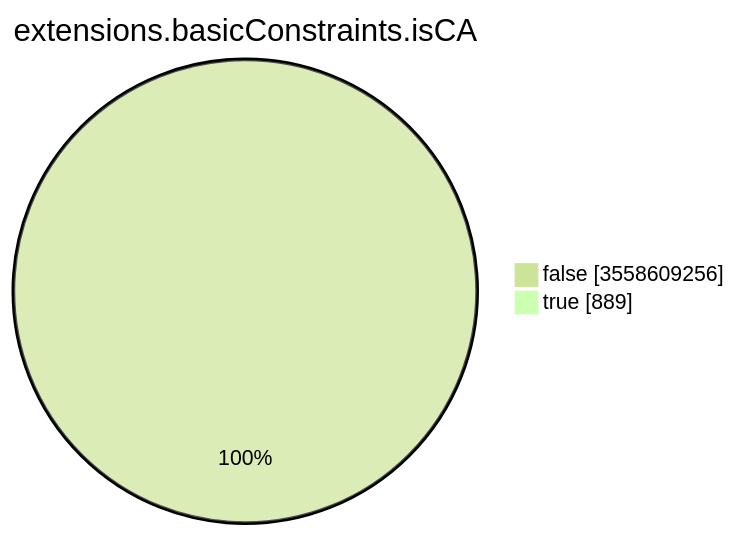
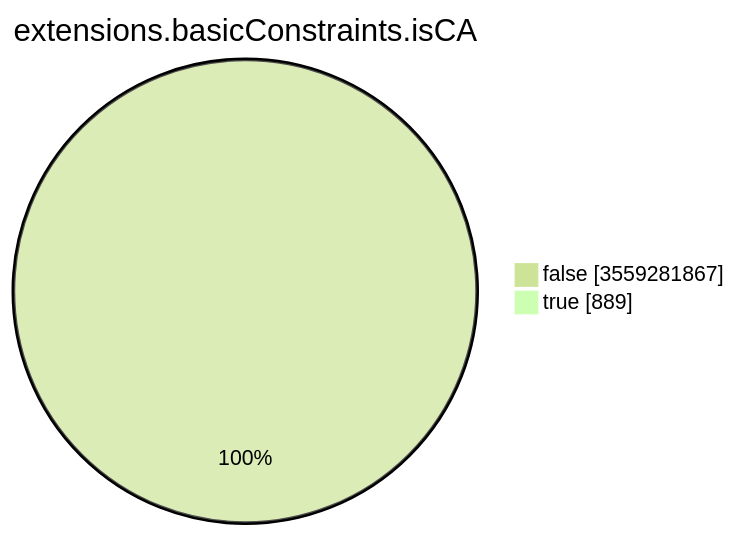
Before and after one commit to christiankrug/ctmonitor_visualization: the seventh of 15 diagrams in TOTAL/README.md, drawn with Mermaid (forest theme). The commit also changed other lines of this file, not shown here.

````diff
--- a/TOTAL/README.md
+++ b/TOTAL/README.md
@@ -3094,6 +3094,6 @@
 ```mermaid
 pie showData
 title extensions.basicConstraints.isCA
-"false" :3558609256
+"false" :3559281867
 "true" :889
 ```
````
